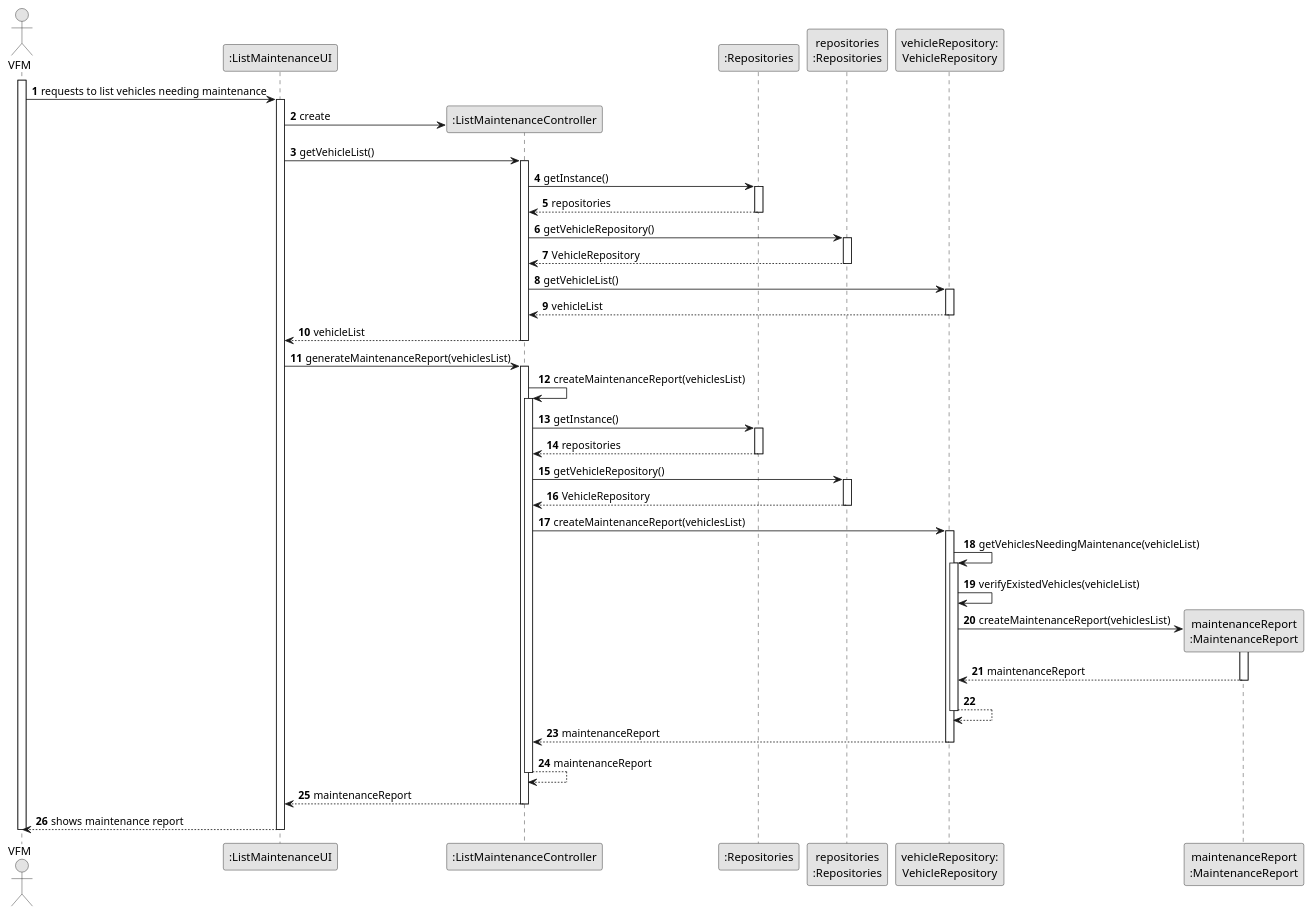
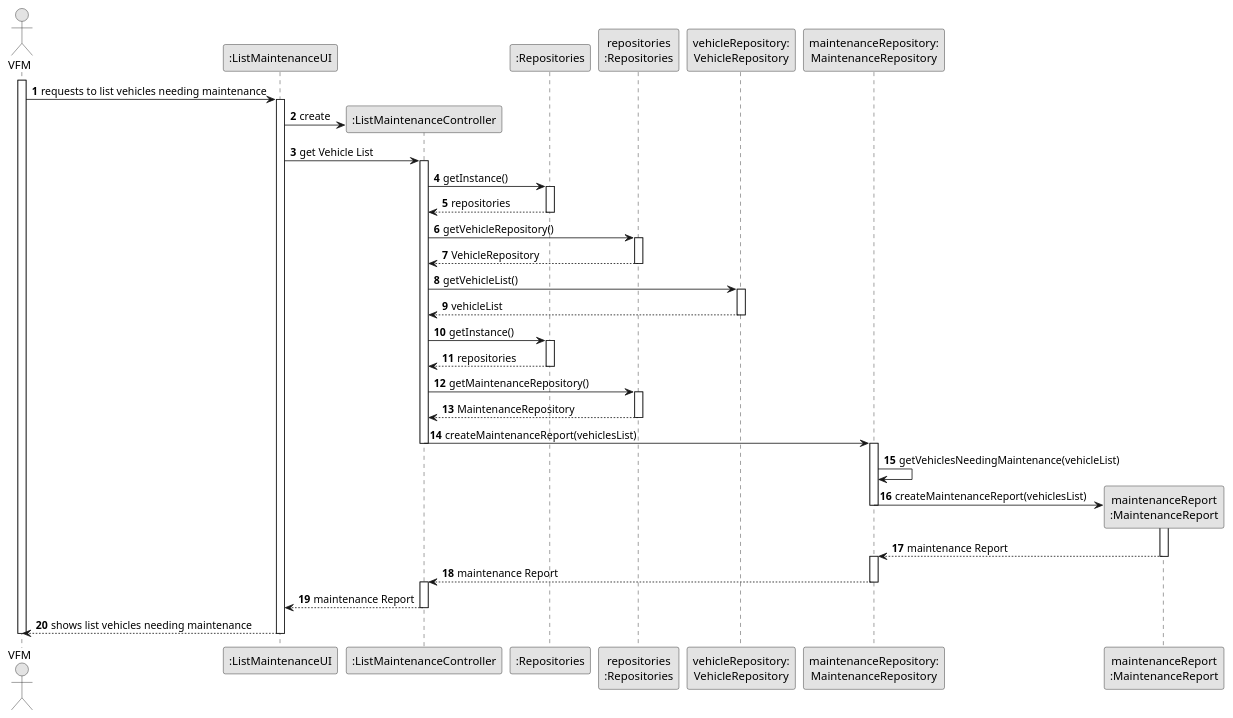
Before and after one commit to ricardomm7/leaflink: the diagram in docs/sprintB/us008/03.design/puml/us008-sequence-diagram-full.puml, drawn with PlantUML. The commit also changed 9 other files, not shown here.

Commit message:
LFC2-150<Update US008 Readme.md and Class Diagram> LFC2-90<Update SSD>

```diff
--- a/docs/sprintB/us008/03.design/puml/us008-sequence-diagram-full.puml
+++ b/docs/sprintB/us008/03.design/puml/us008-sequence-diagram-full.puml
@@ -1,98 +1,88 @@
 @startuml
 skinparam monochrome true
 skinparam packageStyle rectangle
 skinparam shadowing false
 
 autonumber
 
 'hide footbox
 actor "VFM" as VFM
 participant ":ListMaintenanceUI" as UI
 participant ":ListMaintenanceController" as CTRL
 participant ":Repositories" as RepositorySingleton
 participant "repositories\n:Repositories" as PLAT
 participant "vehicleRepository:\nVehicleRepository" as VehicleRepository
+participant "maintenanceRepository:\nMaintenanceRepository" as MaintenanceRepository
 participant "maintenanceReport\n:MaintenanceReport" as MaintenanceReport
 
 activate VFM
 
     VFM -> UI : requests to list vehicles needing maintenance
     activate UI
 
         UI -> CTRL** : create
 
-        UI -> CTRL : getVehicleList()
+        UI -> CTRL : get Vehicle List
         activate CTRL
 
             CTRL -> RepositorySingleton : getInstance()
             activate RepositorySingleton
 
                 RepositorySingleton --> CTRL: repositories
             deactivate RepositorySingleton
 
             CTRL -> PLAT : getVehicleRepository()
             activate PLAT
 
                 PLAT --> CTRL: VehicleRepository
             deactivate PLAT
 
             CTRL -> VehicleRepository : getVehicleList()
             activate VehicleRepository
 
                 VehicleRepository --> CTRL : vehicleList
             deactivate VehicleRepository
 
-            CTRL --> UI : vehicleList
-        deactivate CTRL
-
-
-        UI -> CTRL : generateMaintenanceReport(vehiclesList)
-        activate CTRL
-
-            CTRL -> CTRL : createMaintenanceReport(vehiclesList)
-            activate CTRL
 
                 CTRL -> RepositorySingleton : getInstance()
                 activate RepositorySingleton
 
                     RepositorySingleton --> CTRL: repositories
                 deactivate RepositorySingleton
 
-                CTRL -> PLAT : getVehicleRepository()
+                CTRL -> PLAT : getMaintenanceRepository()
                 activate PLAT
 
-                    PLAT --> CTRL: VehicleRepository
+                    PLAT --> CTRL: MaintenanceRepository
                 deactivate PLAT
 
-                CTRL -> VehicleRepository : createMaintenanceReport(vehiclesList)
-                activate VehicleRepository
 
-                VehicleRepository -> VehicleRepository: getVehiclesNeedingMaintenance(vehicleList)
-                activate VehicleRepository
+                CTRL -> MaintenanceRepository : createMaintenanceReport(vehiclesList)
+                deactivate CTRL
+                activate MaintenanceRepository
 
-                    VehicleRepository -> VehicleRepository:verifyExistedVehicles(vehicleList)
+                MaintenanceRepository -> MaintenanceRepository: getVehiclesNeedingMaintenance(vehicleList)
 
-                    VehicleRepository -> MaintenanceReport **: createMaintenanceReport(vehiclesList)
+                    MaintenanceRepository -> MaintenanceReport **: createMaintenanceReport(vehiclesList)
+                    deactivate MaintenanceRepository
                     activate MaintenanceReport
 
-                    MaintenanceReport --> VehicleRepository : maintenanceReport
+                    MaintenanceReport --> MaintenanceRepository : maintenance Report
                     deactivate MaintenanceReport
 
-                VehicleRepository --> VehicleRepository
-                deactivate VehicleRepository
+                    activate MaintenanceRepository
 
-                VehicleRepository --> CTRL : maintenanceReport
-                deactivate VehicleRepository
+                MaintenanceRepository --> CTRL : maintenance Report
+                deactivate MaintenanceRepository
 
-            CTRL --> CTRL : maintenanceReport
+            activate CTRL
+
+            CTRL --> UI : maintenance Report
             deactivate CTRL
 
-            CTRL --> UI : maintenanceReport
-        deactivate CTRL
-
-        UI --> VFM : shows maintenance report
+        UI --> VFM : shows list vehicles needing maintenance
     deactivate UI
 
 deactivate VFM
 
 @enduml
```
